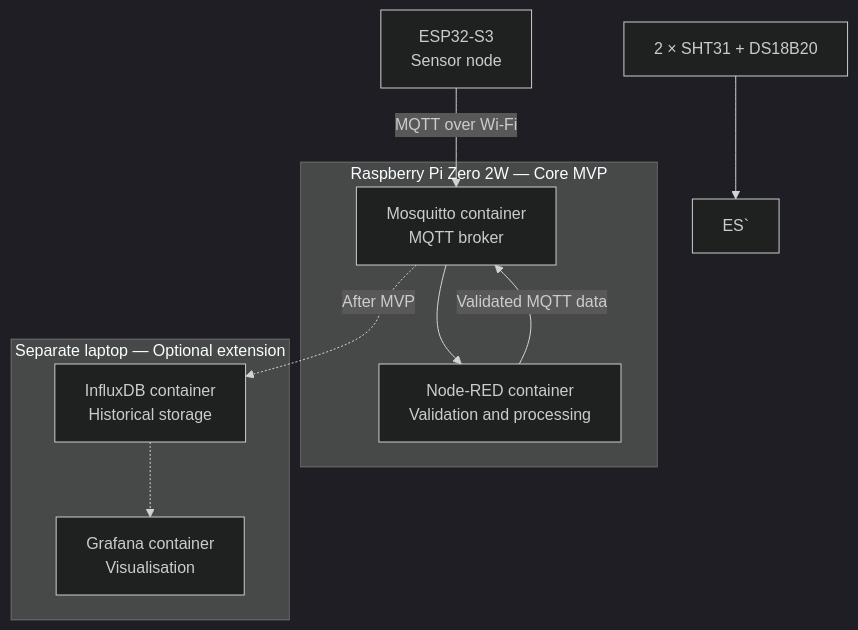
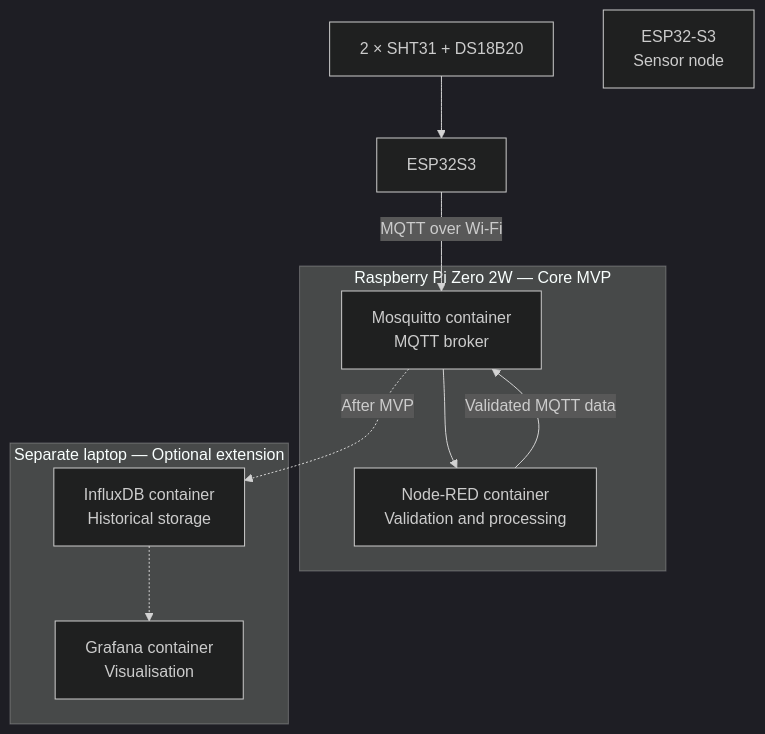
One commit to Samuel2Nugor/Hydroponic changed the diagram in docs/system-architecture.md. Above: the diagram before and after it, drawn with Mermaid (dark theme). The commit also changed 1 other file, not shown here.

Commit message:
docs: add initial hardware selection
Document the selected ESP32-S3, SHT31, DS18B20 and Raspberry Pi components.

Record component responsibilities and identify details that require verification when the ordered hardware arrives.

````diff
--- a/docs/system-architecture.md
+++ b/docs/system-architecture.md
@@ -35,22 +35,22 @@
 ```mermaid
 flowchart TD
     Sensors["2 × SHT31 + DS18B20"]
     ESP["ESP32-S3<br/>Sensor node"]
 
     subgraph Pi["Raspberry Pi Zero 2W — Core MVP"]
         MQTT["Mosquitto container<br/>MQTT broker"]
         NodeRED["Node-RED container<br/>Validation and processing"]
     end
 
     subgraph Laptop["Separate laptop — Optional extension"]
         InfluxDB["InfluxDB container<br/>Historical storage"]
         Grafana["Grafana container<br/>Visualisation"]
     end
 
-    Sensors --> ES`
-    ESP -->|"MQTT over Wi-Fi"| MQTT
+    Sensors --> ESP32S3
+    ESP32S3 -->|"MQTT over Wi-Fi"| MQTT
     MQTT --> NodeRED
     NodeRED -->|"Validated MQTT data"| MQTT
     MQTT -.->|"After MVP"| InfluxDB
     InfluxDB -.-> Grafana
 ```
````
